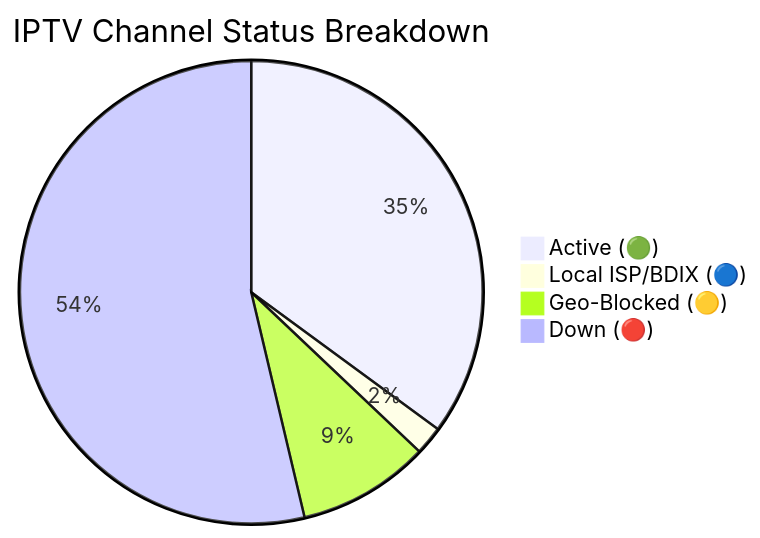
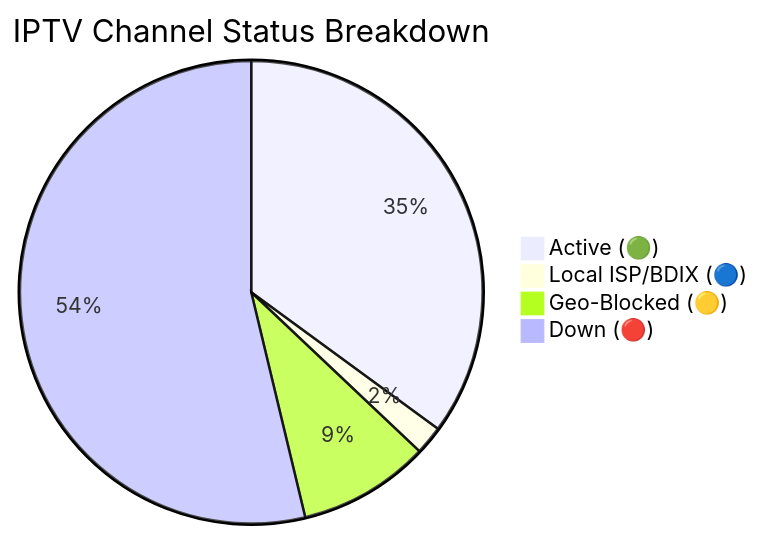
Before and after one commit to andreataylord/Ip-tv-Collection: the diagram in README.md, drawn with Mermaid. The commit also changed other lines of this file and 1 other file, not shown here.

Commit message:
docs(readme): auto-update daily channel status chart

````diff
--- a/README.md
+++ b/README.md
@@ -59,7 +59,7 @@
 ```mermaid
 pie title IPTV Channel Status Breakdown
-    "Active (🟢)" : 2250
+    "Active (🟢)" : 2249
     "Local ISP/BDIX (🔵)" : 128
-    "Geo-Blocked (🟡)" : 592
-    "Down (🔴)" : 3445
+    "Geo-Blocked (🟡)" : 590
+    "Down (🔴)" : 3448
 ```
````
